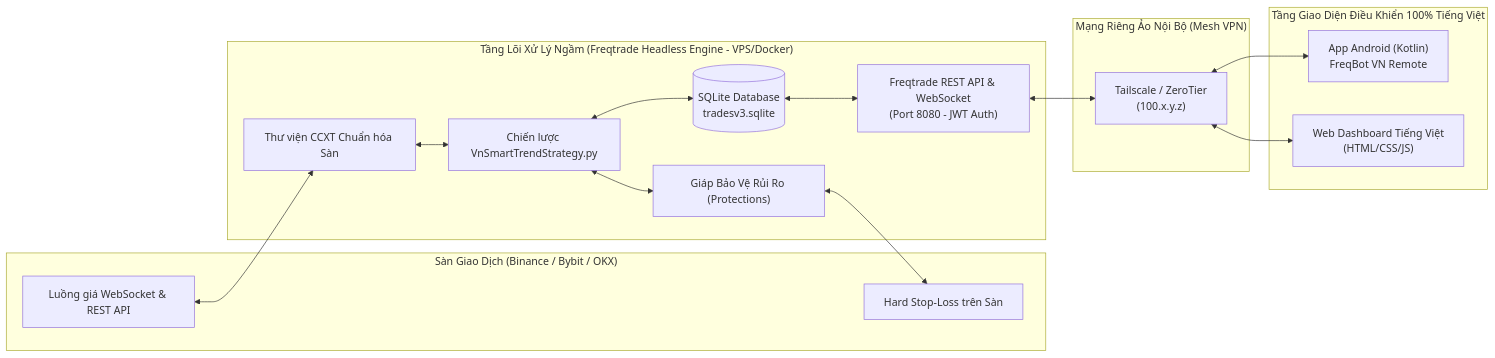
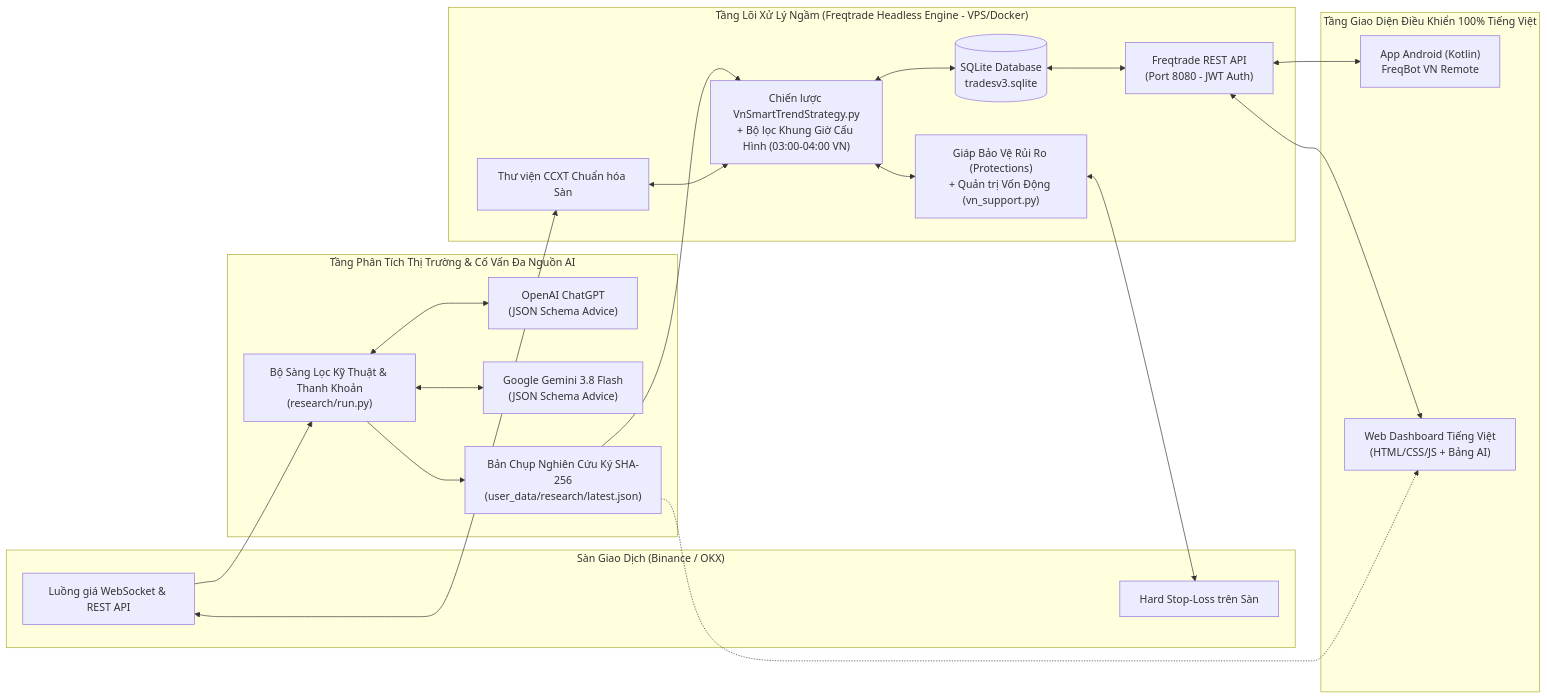
The diagram in docs/01-GIOI-THIEU-DU-AN.md (trunglc378/trade_bot), drawn with Mermaid before and after one commit. The commit also changed other lines of this file and 29 other files, not shown here.

Commit message:
feat: bo sung khung gio giao dich vang (03:00-04:00 VN), phan tich thi truong & de xuat coin da nguon AI (ChatGPT/Gemini), ho tro Binance/OKX va cap nhat tai lieu v2.0

````diff
--- a/docs/01-GIOI-THIEU-DU-AN.md
+++ b/docs/01-GIOI-THIEU-DU-AN.md
@@ -21,34 +23,43 @@
 ```mermaid
 flowchart LR
-    subgraph Exchange["Sàn Giao Dịch (Binance / Bybit / OKX)"]
+    subgraph Exchange["Sàn Giao Dịch (Binance / OKX)"]
         WS["Luồng giá WebSocket & REST API"]
         SL["Hard Stop-Loss trên Sàn"]
     end
 
+    subgraph AIResearch["Tầng Phân Tích Thị Trường & Cố Vấn Đa Nguồn AI"]
+        SCAN["Bộ Sàng Lọc Kỹ Thuật & Thanh Khoản\n(research/run.py)"]
+        GPT["OpenAI ChatGPT\n(JSON Schema Advice)"]
+        GEM["Google Gemini 3.8 Flash\n(JSON Schema Advice)"]
+        SNAP["Bản Chụp Nghiên Cứu Ký SHA-256\n(user_data/research/latest.json)"]
+    end
+
     subgraph Backend["Tầng Lõi Xử Lý Ngầm (Freqtrade Headless Engine - VPS/Docker)"]
         CCXT["Thư viện CCXT Chuẩn hóa Sàn"]
-        STRAT["Chiến lược VnSmartTrendStrategy.py"]
-        PROT["Giáp Bảo Vệ Rủi Ro (Protections)"]
+        STRAT["Chiến lược VnSmartTrendStrategy.py\n+ Bộ lọc Khung Giờ Cấu Hình (03:00-04:00 VN)"]
+        PROT["Giáp Bảo Vệ Rủi Ro (Protections)\n+ Quản trị Vốn Động (vn_support.py)"]
         DB[("SQLite Database\ntradesv3.sqlite")]
-        API["Freqtrade REST API & WebSocket\n(Port 8080 - JWT Auth)"]
-    end
-
-    subgraph VPN["Mạng Riêng Ảo Nội Bộ (Mesh VPN)"]
-        TS["Tailscale / ZeroTier\n(100.x.y.z)"]
+        API["Freqtrade REST API\n(Port 8080 - JWT Auth)"]
     end
 
     subgraph Clients["Tầng Giao Diện Điều Khiển 100% Tiếng Việt"]
         ANDROID["App Android (Kotlin)\nFreqBot VN Remote"]
-        WEB["Web Dashboard Tiếng Việt\n(HTML/CSS/JS)"]
+        WEB["Web Dashboard Tiếng Việt\n(HTML/CSS/JS + Bảng AI)"]
     end
+
+    WS --> SCAN
+    SCAN <--> GPT
+    SCAN <--> GEM
+    SCAN --> SNAP
+    SNAP --> STRAT
 
     WS <--> CCXT
     CCXT <--> STRAT
     STRAT <--> PROT
     PROT <--> SL
     STRAT <--> DB
     DB <--> API
-    API <--> TS
-    TS <--> ANDROID
-    TS <--> WEB
+    API <--> ANDROID
+    API <--> WEB
+    SNAP -.-> WEB
 ```
````
